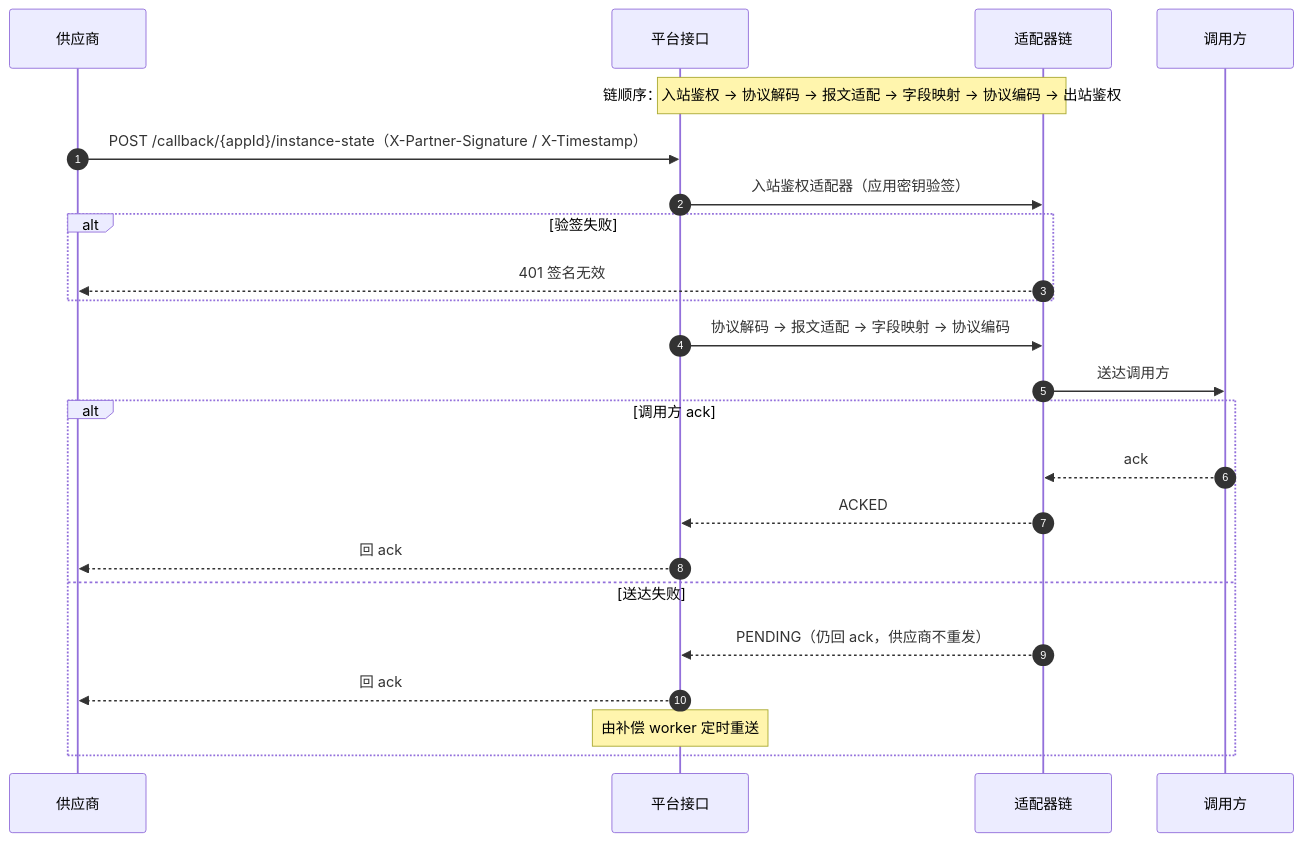
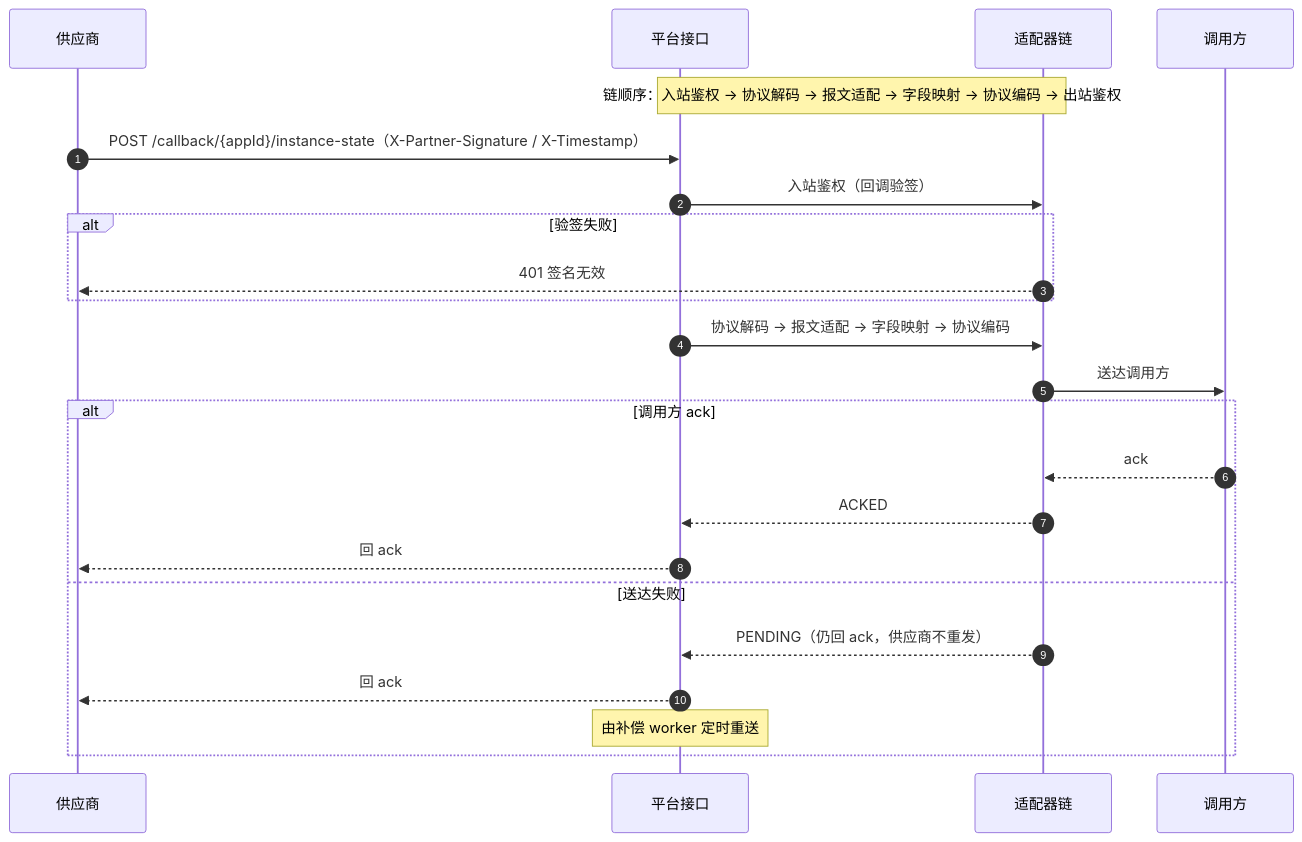
Before and after one commit to HelloWorldKing1/apicenter: the third of 4 diagrams in src/main/resources/doc/API中心时序图与流程图.md, drawn with Mermaid. The commit also changed other lines of this file and 2 other files, not shown here.

Commit message:
docs(api): 更新API中心文档与原型界面
- 将inboundAuthType字段重命名为callbackAuthType，统一回调验签概念
- 移除接口级别的幂等性配置，简化配置项
- 更新应用列表表格标题中的"入站验签方式"为"回调验签方式"
- 调整接口详情页的鉴权配置显示逻辑，区分入站回调和出站接口的验签方式
- 修改时序图中的入站鉴权描述，明确调用方鉴权与回调验签的区别
- 更新设计方案文档中的适配器体系，将字段映射从适配器链中分离
- 添加字段映射操作参数的配置界面和交互功能
- 优化接口提交时的字段映射验证逻辑，允许默认值操作无需源字段
- 调整适配器链的执行顺序描述，明确平台统一处理的部分

````diff
--- a/src/main/resources/doc/API中心时序图与流程图.md
+++ b/src/main/resources/doc/API中心时序图与流程图.md
@@ -65,26 +65,26 @@
 ```mermaid
 sequenceDiagram
     autonumber
     participant SP as 供应商
     participant GW as 平台接口
     participant 链 as 适配器链
     participant 调用方 as 调用方
 
     Note over GW,链: 链顺序：入站鉴权 → 协议解码 → 报文适配 → 字段映射 → 协议编码 → 出站鉴权
     SP->>GW: POST /callback/{appId}/instance-state（X-Partner-Signature / X-Timestamp）
-    GW->>链: 入站鉴权适配器（应用密钥验签）
+    GW->>链: 入站鉴权（回调验签）
     alt 验签失败
         链-->>SP: 401 签名无效
     end
     GW->>链: 协议解码 → 报文适配 → 字段映射 → 协议编码
     链->>调用方: 送达调用方
     alt 调用方 ack
         调用方-->>链: ack
         链-->>GW: ACKED
         GW-->>SP: 回 ack
     else 送达失败
         链-->>GW: PENDING（仍回 ack，供应商不重发）
         GW-->>SP: 回 ack
         Note over GW: 由补偿 worker 定时重送
     end
 ```
````
